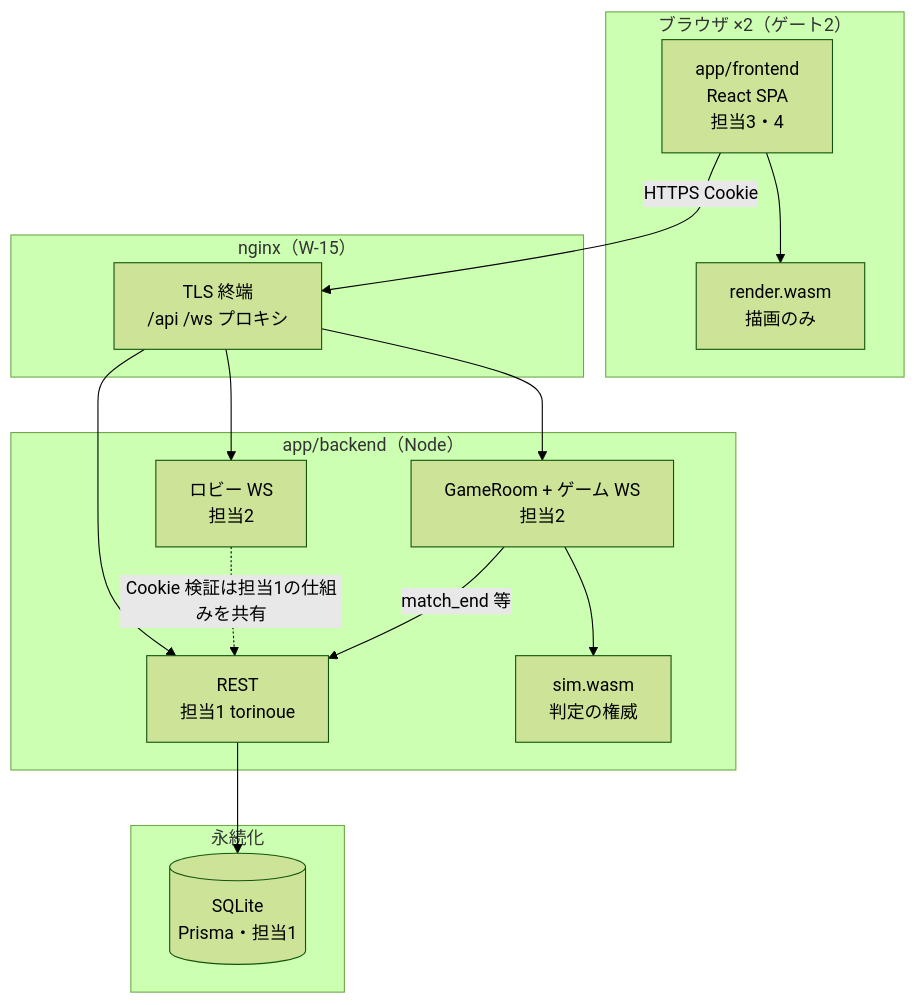
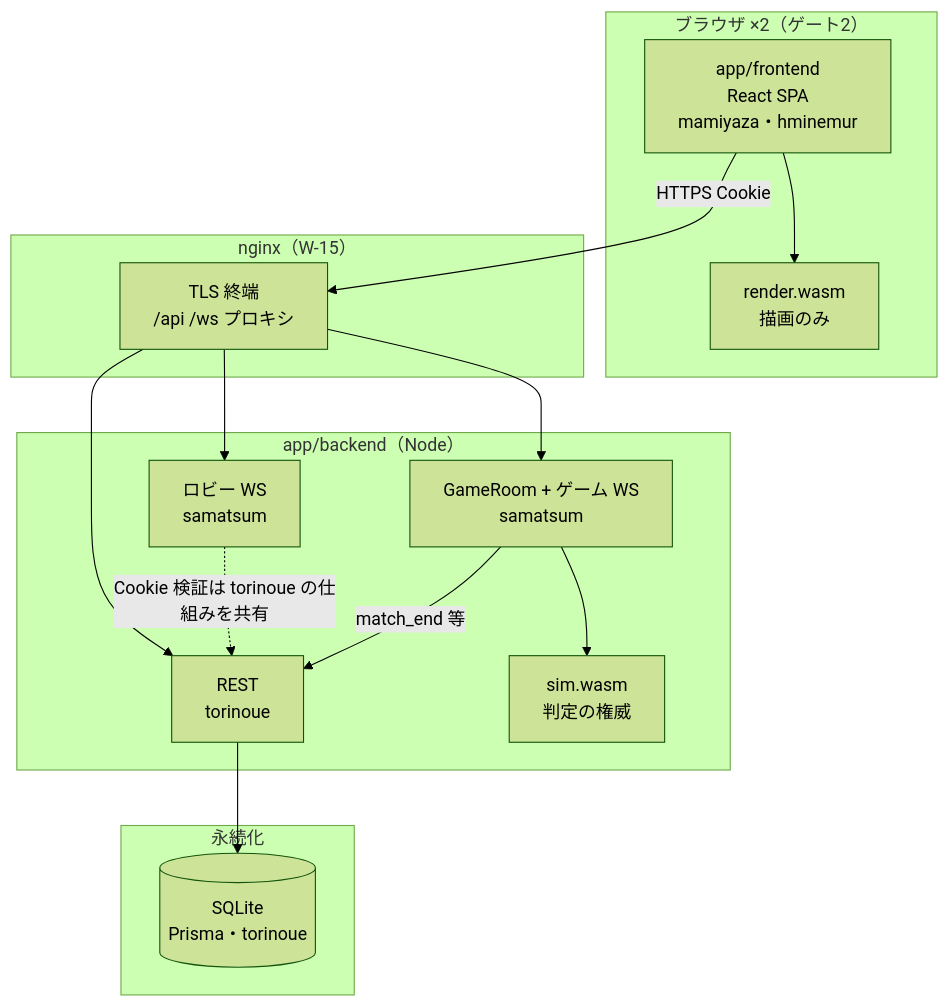
The first of 5 diagrams in md_files/torinoue/torinoue_データフロー図.md (samatsum/ft_Transcendence), drawn with Mermaid (forest theme) before and after one commit. The commit also changed other lines of this file and 15 other files, not shown here.

````diff
--- a/md_files/torinoue/torinoue_データフロー図.md
+++ b/md_files/torinoue/torinoue_データフロー図.md
@@ -14,32 +14,32 @@
 ```mermaid
 flowchart TB
   subgraph Clients["ブラウザ ×2（ゲート2）"]
-    FE["app/frontend<br/>React SPA<br/>担当3・4"]
+    FE["app/frontend<br/>React SPA<br/>mamiyaza・hminemur"]
     RW["render.wasm<br/>描画のみ"]
   end
 
   subgraph Edge["nginx（W-15）"]
     NGX["TLS 終端<br/>/api /ws プロキシ"]
   end
 
   subgraph Node["app/backend（Node）"]
-    REST["REST<br/>担当1 torinoue"]
-    LOBBY["ロビー WS<br/>担当2"]
-    GAME["GameRoom + ゲーム WS<br/>担当2"]
+    REST["REST<br/>torinoue"]
+    LOBBY["ロビー WS<br/>samatsum"]
+    GAME["GameRoom + ゲーム WS<br/>samatsum"]
     SIM["sim.wasm<br/>判定の権威"]
   end
 
   subgraph Data["永続化"]
-    DB[(SQLite<br/>Prisma・担当1)]
+    DB[(SQLite<br/>Prisma・torinoue)]
   end
 
   FE -->|HTTPS Cookie| NGX
   FE --> RW
   NGX --> REST
   NGX --> LOBBY
   NGX --> GAME
   REST --> DB
-  LOBBY -.->|Cookie 検証は担当1の仕組みを共有| REST
+  LOBBY -.->|Cookie 検証は torinoue の仕組みを共有| REST
   GAME --> SIM
   GAME -->|match_end 等| REST
 ```
````
